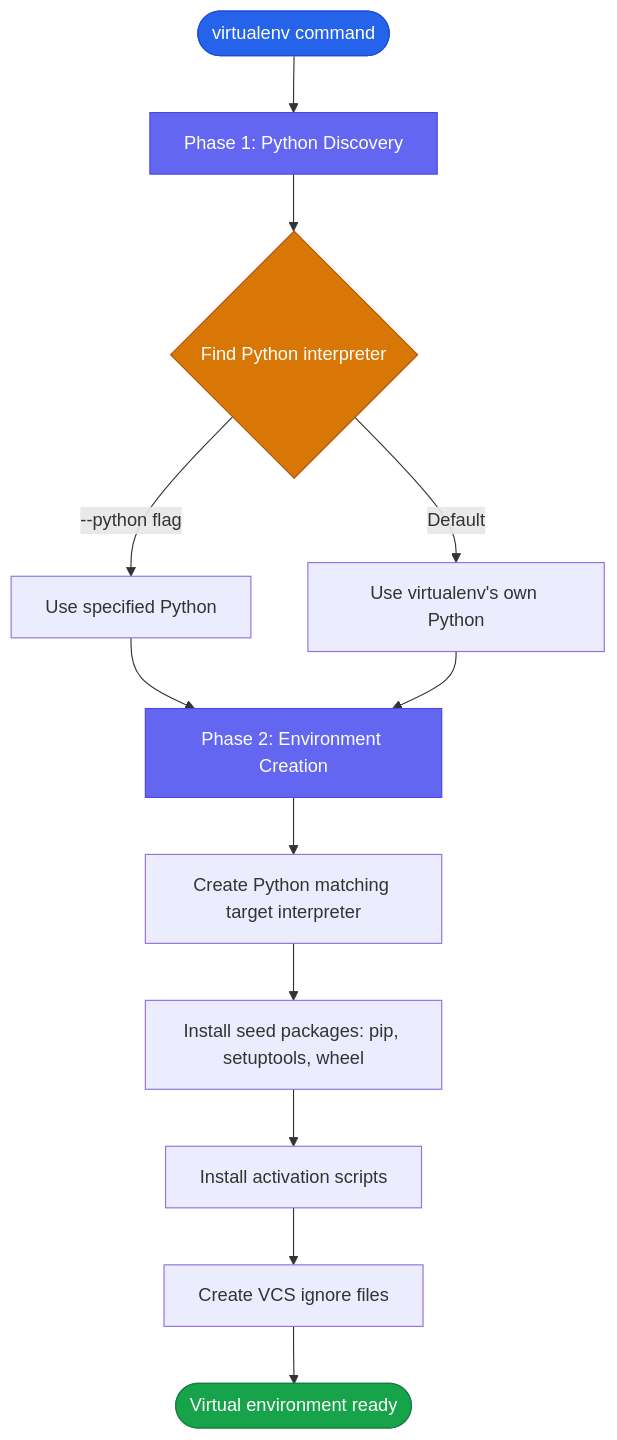
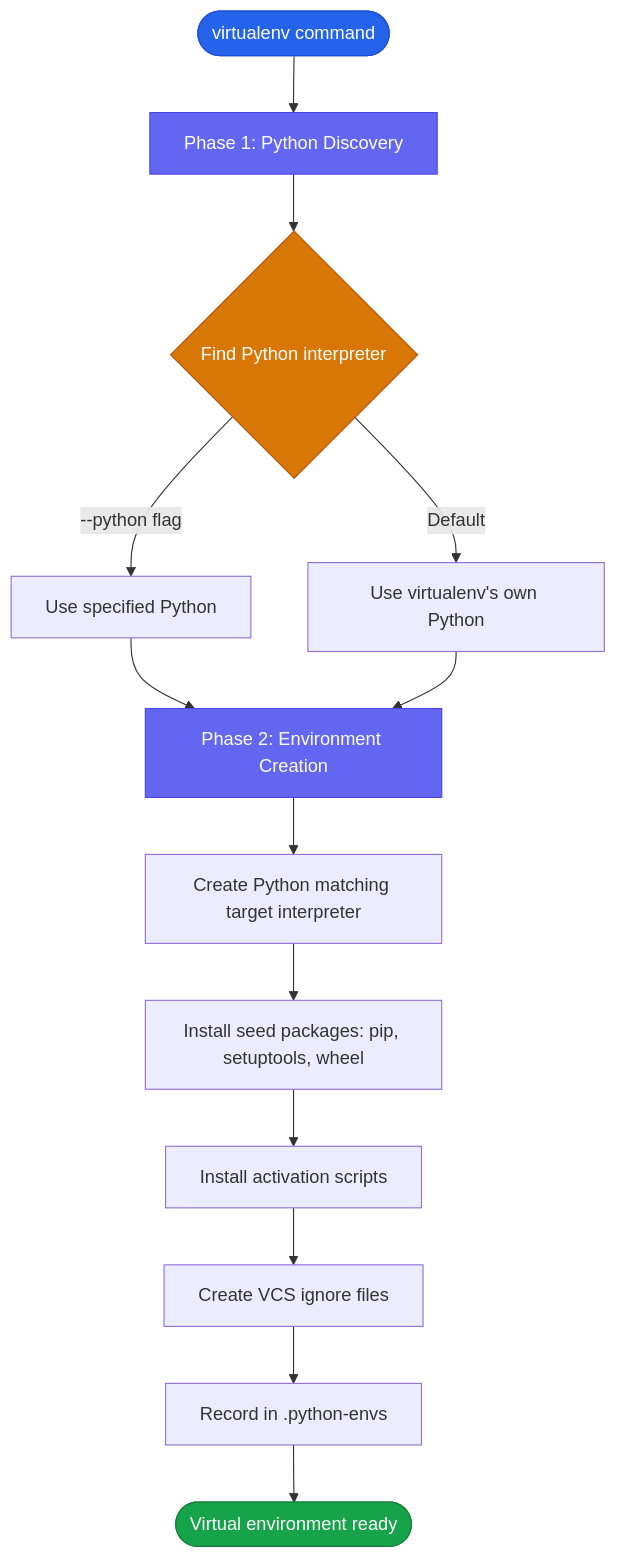
One commit to pypa/virtualenv changed the second of 8 diagrams in docs/explanation.rst. Above: the diagram before and after it, drawn with Mermaid. The commit also changed other lines of this file and 8 other files, not shown here.

```diff
--- a/docs/explanation.rst
+++ b/docs/explanation.rst
@@ -137,20 +137,21 @@
 .. mermaid::
 
     flowchart TD
         Start([virtualenv command]) --> Phase1[Phase 1: Python Discovery]
         Phase1 --> Discover{Find Python interpreter}
         Discover -->|Default| SameVersion[Use virtualenv's own Python]
         Discover -->|--python flag| CustomVersion[Use specified Python]
         CustomVersion --> Phase2[Phase 2: Environment Creation]
         SameVersion --> Phase2
         Phase2 --> CreatePython[Create Python matching target interpreter]
         CreatePython --> SeedPackages[Install seed packages: pip, setuptools, wheel]
         SeedPackages --> ActivationScripts[Install activation scripts]
         ActivationScripts --> VCSIgnore[Create VCS ignore files]
-        VCSIgnore --> Complete([Virtual environment ready])
+        VCSIgnore --> Record[Record in .python-envs]
+        Record --> Complete([Virtual environment ready])
 
         style Start fill:#2563eb,stroke:#1d4ed8,color:#fff
         style Phase1 fill:#6366f1,stroke:#4f46e5,color:#fff
         style Phase2 fill:#6366f1,stroke:#4f46e5,color:#fff
         style Complete fill:#16a34a,stroke:#15803d,color:#fff
         style Discover fill:#d97706,stroke:#b45309,color:#fff
```
